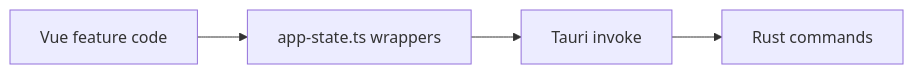
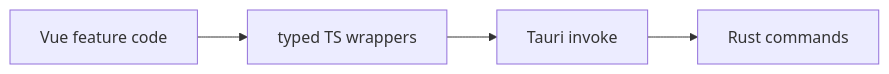
Before and after one commit to gh0stonio/pinata: the fifth of 12 diagrams in docs/architecture.md, drawn with Mermaid. The commit also changed other lines of this file and 21 other files, not shown here.

````diff
--- a/docs/architecture.md
+++ b/docs/architecture.md
@@ -312,11 +319,11 @@
 ```mermaid
 flowchart LR
     Vue["Vue feature code"]
-    Wrappers["app-state.ts wrappers"]
+    Wrappers["typed TS wrappers"]
     Tauri["Tauri invoke"]
     Rust["Rust commands"]
 
     Vue --> Wrappers
     Wrappers --> Tauri
     Tauri --> Rust
 ```
````
